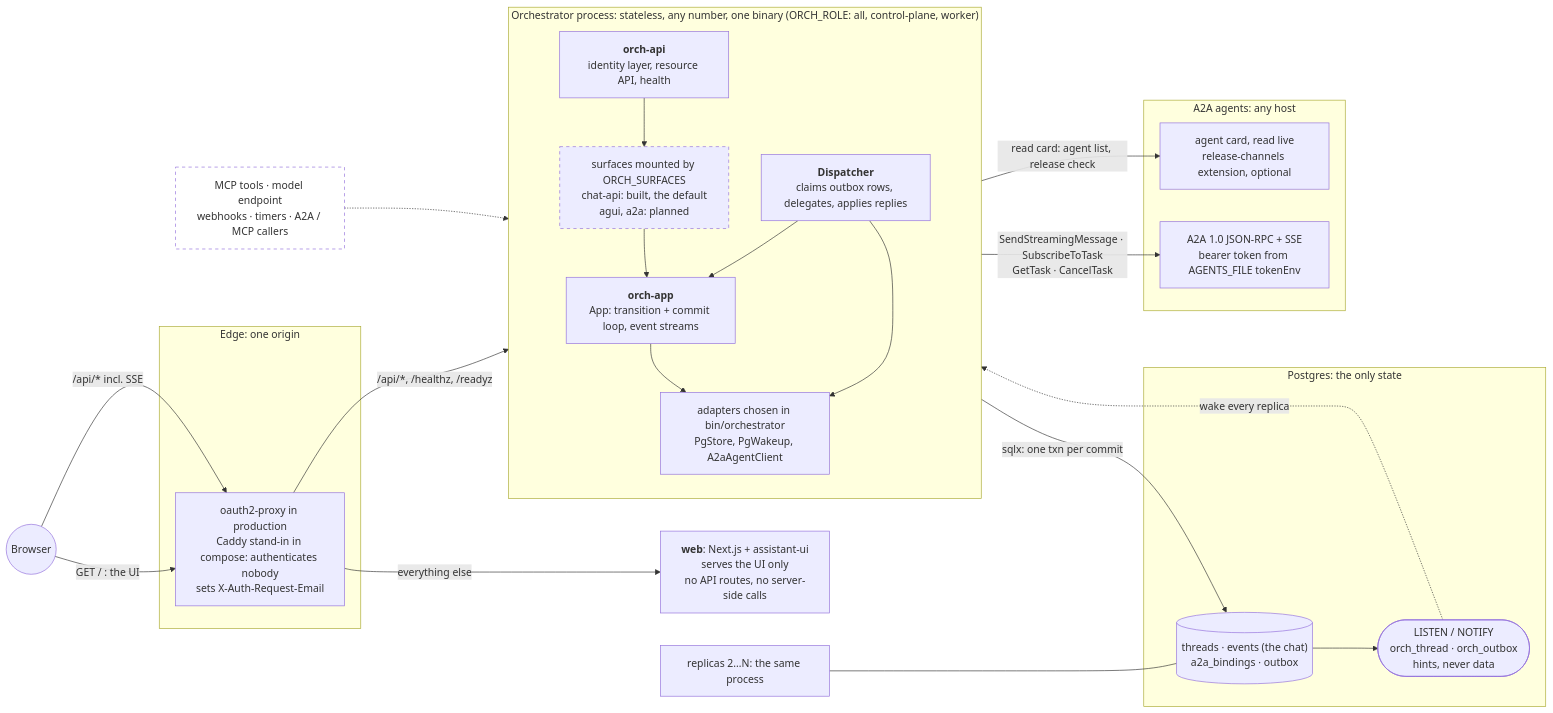
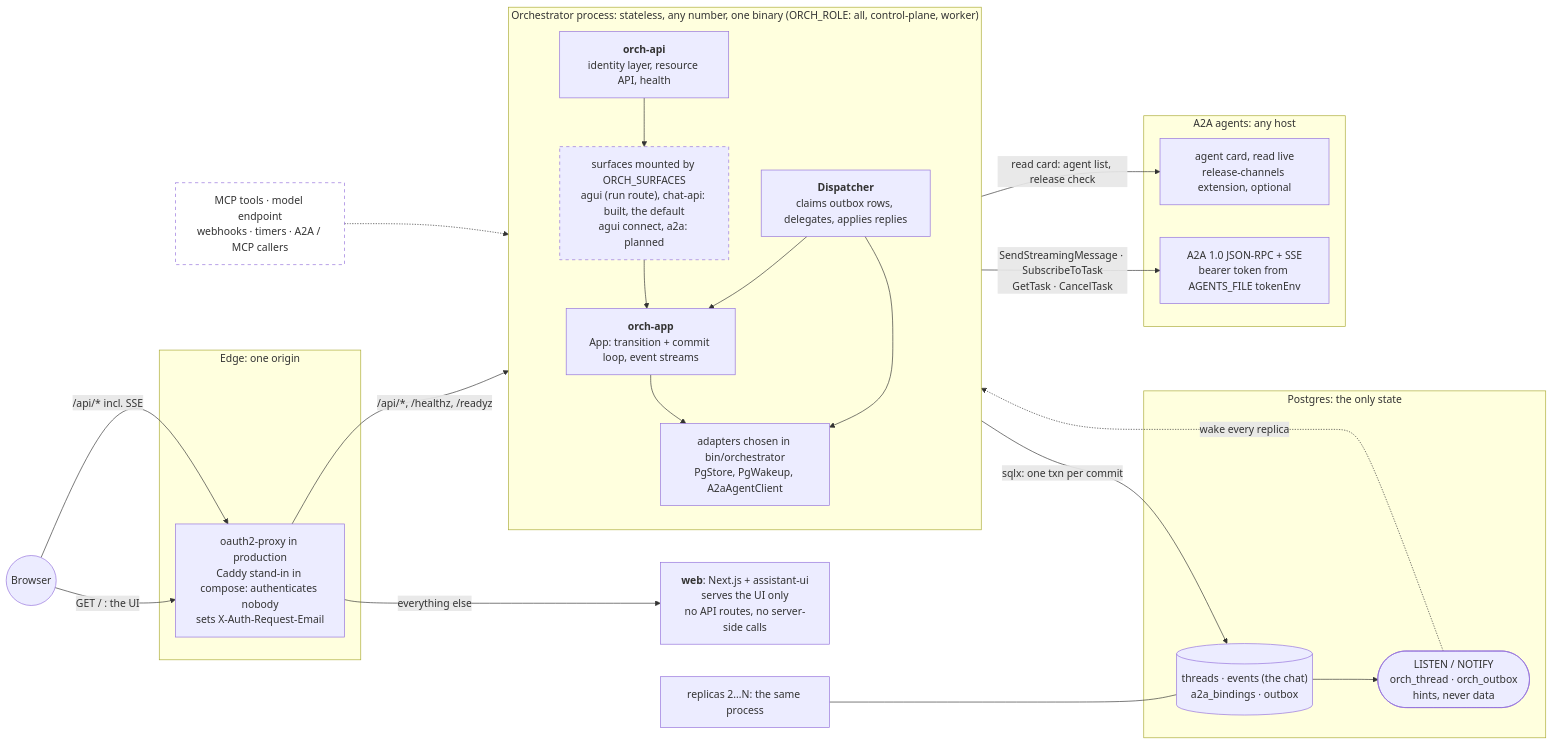
One commit to vymalo/another-agentic-system changed the first of 8 diagrams in docs/architecture.md. Above: the diagram before and after it, drawn with Mermaid. The commit also changed other lines of this file and 52 other files, not shown here.

````diff
--- a/docs/architecture.md
+++ b/docs/architecture.md
@@ -76,42 +76,42 @@
 ```mermaid
 flowchart LR
   browser(("Browser"))
   subgraph EDGE["Edge: one origin"]
     edge["oauth2-proxy in production<br/>Caddy stand-in in compose: authenticates nobody<br/>sets X-Auth-Request-Email"]
   end
   web["<b>web</b>: Next.js + assistant-ui<br/>serves the UI only<br/>no API routes, no server-side calls"]
   subgraph REPLICA["Orchestrator process: stateless, any number, one binary (ORCH_ROLE: all, control-plane, worker)"]
     direction TB
     api["<b>orch-api</b><br/>identity layer, resource API, health"]
-    surfaces["surfaces mounted by ORCH_SURFACES<br/>chat-api: built, the default<br/>agui, a2a: planned"]
+    surfaces["surfaces mounted by ORCH_SURFACES<br/>agui (run route), chat-api: built, the default<br/>agui connect, a2a: planned"]
     app["<b>orch-app</b><br/>App: transition + commit loop, event streams"]
     disp["<b>Dispatcher</b><br/>claims outbox rows, delegates, applies replies"]
     adapters["adapters chosen in bin/orchestrator<br/>PgStore, PgWakeup, A2aAgentClient"]
     api --> surfaces --> app
     disp --> app
     app --> adapters
     disp --> adapters
   end
   subgraph PG["Postgres: the only state"]
     tables[("threads · events (the chat)<br/>a2a_bindings · outbox")]
     notify(["LISTEN / NOTIFY<br/>orch_thread · orch_outbox<br/>hints, never data"])
   end
   subgraph AGENTS["A2A agents: any host"]
     card["agent card, read live<br/>release-channels extension, optional"]
     a2a["A2A 1.0 JSON-RPC + SSE<br/>bearer token from AGENTS_FILE tokenEnv"]
   end
   browser -- "GET / : the UI" --> edge
   browser -- "/api/* incl. SSE" --> edge
   edge -- "everything else" --> web
   edge -- "/api/*, /healthz, /readyz" --> api
   adapters -- "sqlx: one txn per commit" --> tables
   tables --> notify
   notify -. "wake every replica" .-> adapters
   adapters -- "SendStreamingMessage · SubscribeToTask<br/>GetTask · CancelTask" --> a2a
   adapters -- "read card: agent list, release check" --> card
   more["replicas 2…N: the same process"] --- tables
   mcp["MCP tools · model endpoint<br/>webhooks · timers · A2A / MCP callers"]:::planned
   mcp -.-> api
   classDef planned stroke-dasharray: 5 5,fill:none
   style surfaces stroke-dasharray: 5 5
 ```
````
